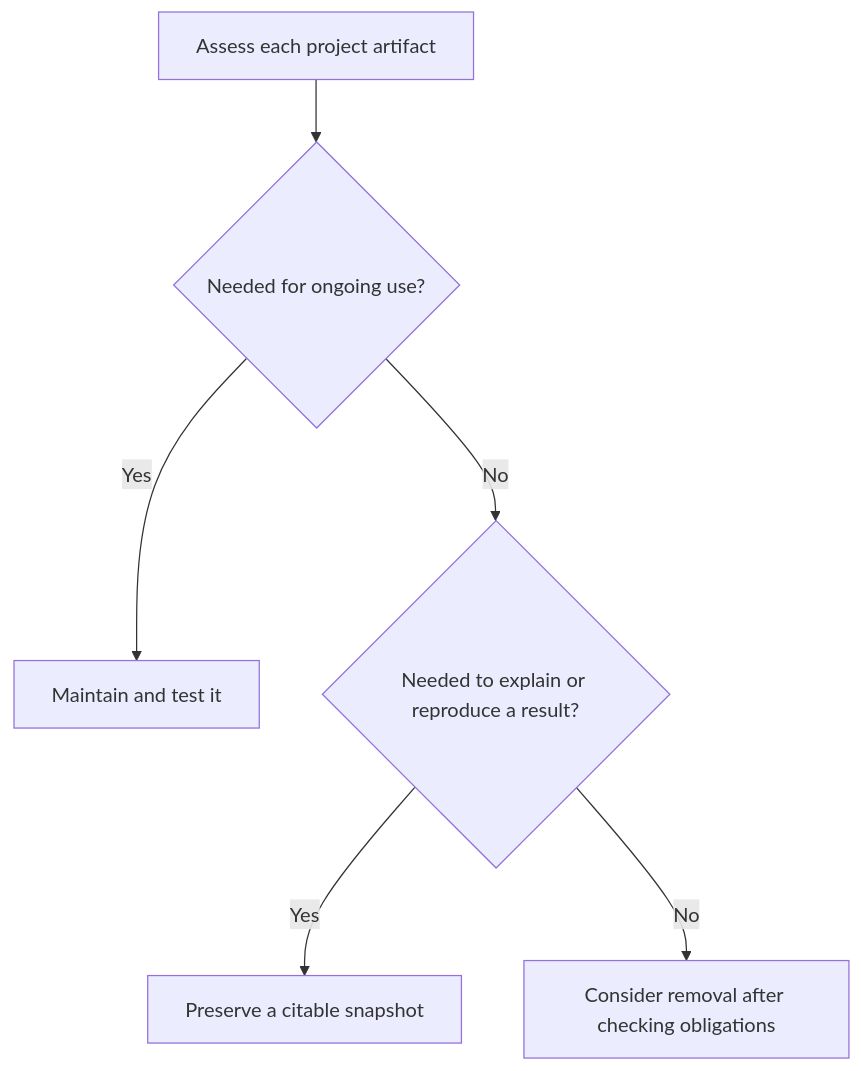
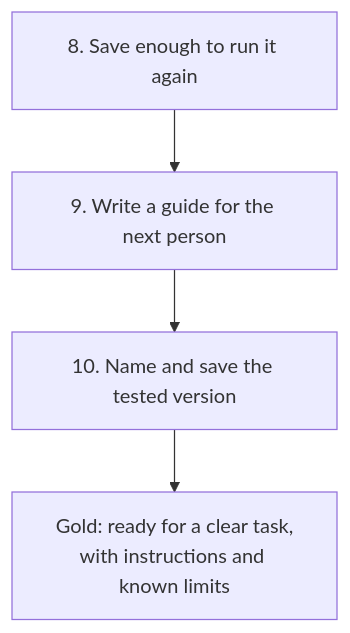
One commit to CU-DBMI/set-website changed the fifth of 5 diagrams in _posts/2026-10-09-when-code-becomes-metadata.md. Above: the diagram before and after it, drawn with Mermaid. The commit also changed other lines of this file, not shown here.

````diff
--- a/_posts/2026-10-09-when-code-becomes-metadata.md
+++ b/_posts/2026-10-09-when-code-becomes-metadata.md
@@ -265,8 +193,6 @@
 ```mermaid!
 flowchart TB
-    item["Assess each project artifact"] --> users{"Needed for ongoing use?"}
-    users -- "Yes" --> maintain["Maintain and test it"]
-    users -- "No" --> evidence{"Needed to explain or reproduce a result?"}
-    evidence -- "Yes" --> preserve["Preserve a citable snapshot"]
-    evidence -- "No" --> remove["Consider removal after checking obligations"]
+    rerun["8. Save enough to run it again"] --> explain["9. Write a guide for the next person"]
+    explain --> release["10. Name and save the tested version"]
+    release --> status["Gold: ready for a clear task,<br/>with instructions and known limits"]
 ```
````
